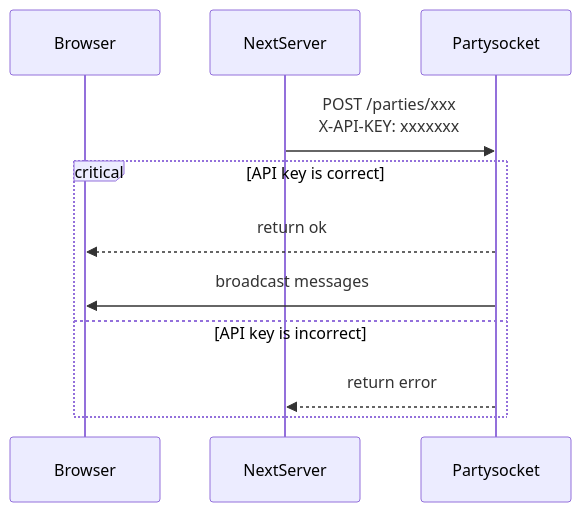
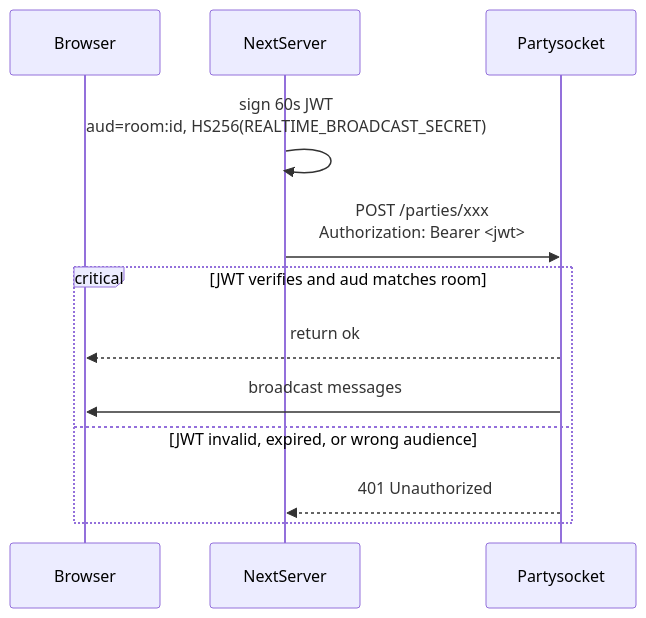
One commit to JuanBifrost/ChatbotX changed the second of 2 diagrams in docs/websocket.md. Above: the diagram before and after it, drawn with Mermaid. The commit also changed 77 other files, not shown here.

````diff
--- a/docs/websocket.md
+++ b/docs/websocket.md
@@ -23,14 +23,15 @@
 ```mermaid
 sequenceDiagram
   participant Browser
   participant NextServer
   participant Partysocket
 
-  NextServer->>Partysocket: POST /parties/xxx <br> X-API-KEY: xxxxxxx
-  critical API key is correct
+  NextServer->>NextServer: sign 60s JWT <br> aud=room:id, HS256(REALTIME_BROADCAST_SECRET)
+  NextServer->>Partysocket: POST /parties/xxx <br> Authorization: Bearer <jwt>
+  critical JWT verifies and aud matches room
     Partysocket-->>Browser: return ok
     Partysocket->>Browser: broadcast messages
-  option API key is incorrect
-    Partysocket-->>NextServer: return error
+  option JWT invalid, expired, or wrong audience
+    Partysocket-->>NextServer: 401 Unauthorized
   end
 ```
````
